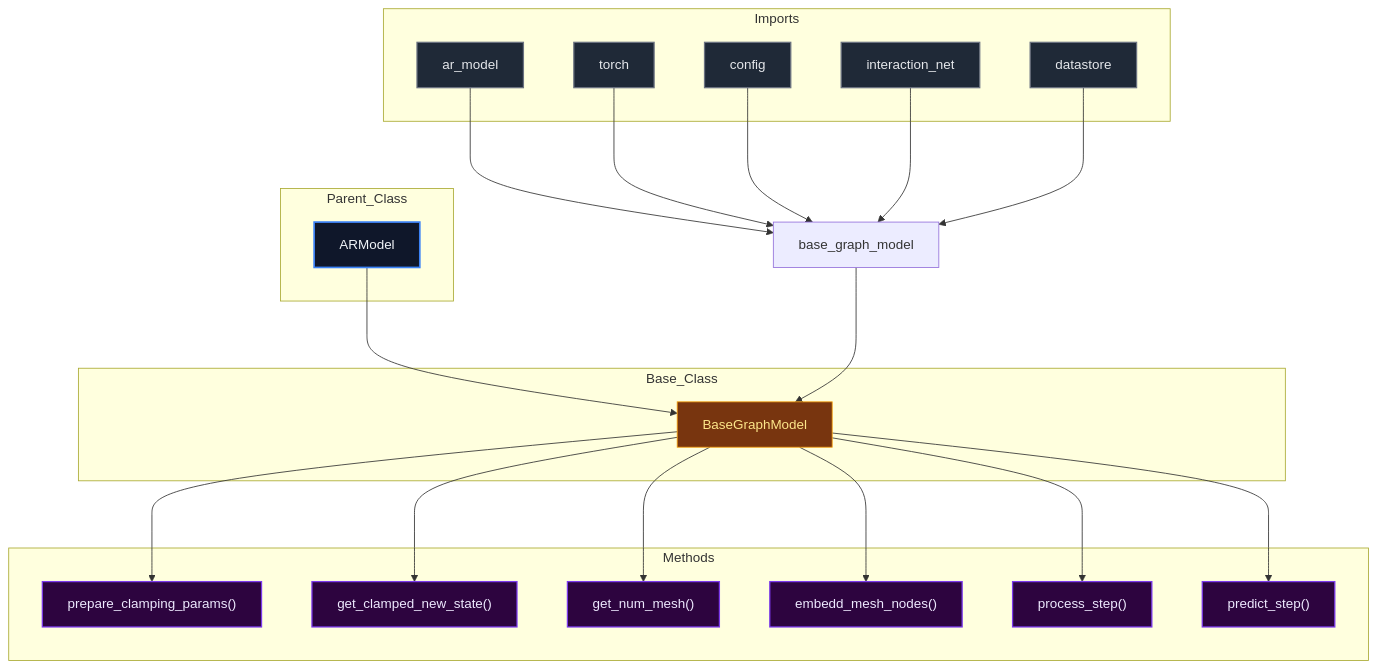
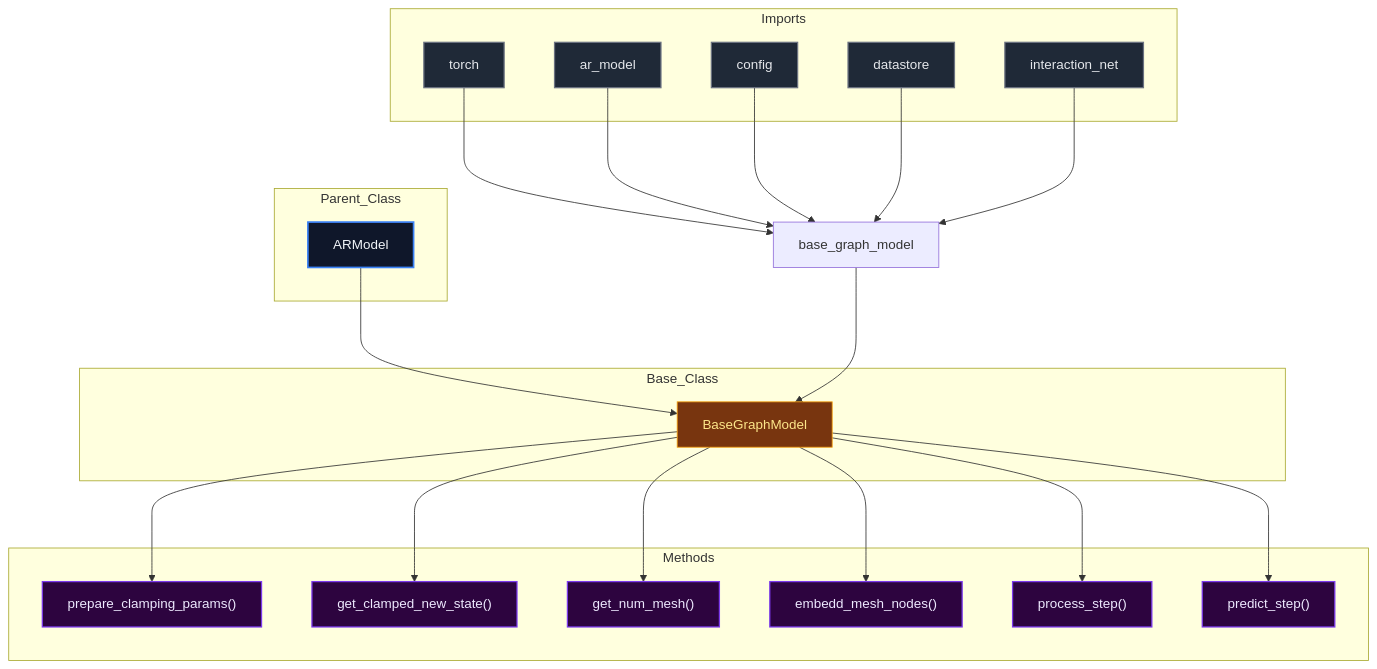
The diagram in docs/diagrams/base_graph_model_diagram.md (mllam/neural-lam), drawn with Mermaid before and after one commit. The commit also changed 19 other files, not shown here.

Commit message:
Auto-update Mermaid diagrams

````diff
--- a/docs/diagrams/base_graph_model_diagram.md
+++ b/docs/diagrams/base_graph_model_diagram.md
@@ -1,58 +1,58 @@
 ```mermaid
 %%{init: {'flowchart': {'nodeSpacing': 60, 'rankSpacing': 80}}}%%
 flowchart TD
 
 module["base_graph_model"]
 
 subgraph Parent_Class
     ARModel["ARModel"]
 end
 
 subgraph Base_Class
     BaseGraphModel["BaseGraphModel"]
 end
 
     ARModel --> BaseGraphModel
 
 subgraph Imports
+    torch["torch"]
     ar_model["ar_model"]
-    torch["torch"]
     config["config"]
+    datastore["datastore"]
     interaction_net["interaction_net"]
-    datastore["datastore"]
 end
 
+    torch --> module
     ar_model --> module
-    torch --> module
     config --> module
+    datastore --> module
     interaction_net --> module
-    datastore --> module
     module --> BaseGraphModel
 
 subgraph Methods
     BaseGraphModel_prepare_clamping_params["prepare_clamping_params()"]
     BaseGraphModel_get_clamped_new_state["get_clamped_new_state()"]
     BaseGraphModel_get_num_mesh["get_num_mesh()"]
     BaseGraphModel_embedd_mesh_nodes["embedd_mesh_nodes()"]
     BaseGraphModel_process_step["process_step()"]
     BaseGraphModel_predict_step["predict_step()"]
 end
 
     BaseGraphModel --> BaseGraphModel_prepare_clamping_params
     BaseGraphModel --> BaseGraphModel_get_clamped_new_state
     BaseGraphModel --> BaseGraphModel_get_num_mesh
     BaseGraphModel --> BaseGraphModel_embedd_mesh_nodes
     BaseGraphModel --> BaseGraphModel_process_step
     BaseGraphModel --> BaseGraphModel_predict_step
 
 classDef parent fill:#0f172a,stroke:#3b82f6,stroke-width:2px,color:#f1f5f9,font-size:16px
 classDef base fill:#78350f,stroke:#f59e0b,stroke-width:1px,color:#fde68a,font-size:16px
 classDef import fill:#1f2937,stroke:#6b7280,stroke-width:1.5px,color:#e5e7eb,font-size:16px
 classDef method fill:#2d043f,stroke:#7c3aed,stroke-width:1.5px,color:#ede9fe,font-size:16px
 classDef callNode fill:#064e3b,stroke:#10b981,stroke-width:1.5px,color:#d1fae5,font-size:16px
 class ARModel parent
 class BaseGraphModel base
-class ar_model,torch,config,interaction_net,datastore import
+class torch,ar_model,config,datastore,interaction_net import
 class BaseGraphModel_prepare_clamping_params,BaseGraphModel_get_clamped_new_state,BaseGraphModel_get_num_mesh,BaseGraphModel_embedd_mesh_nodes,BaseGraphModel_process_step,BaseGraphModel_predict_step method
 
 ```
````
